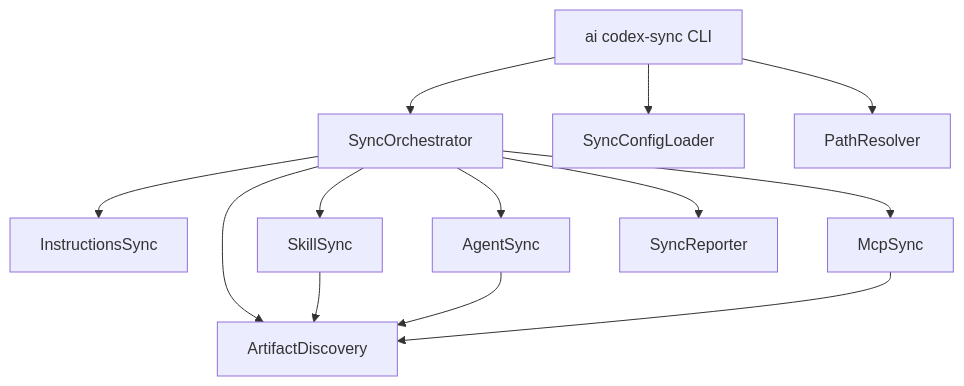
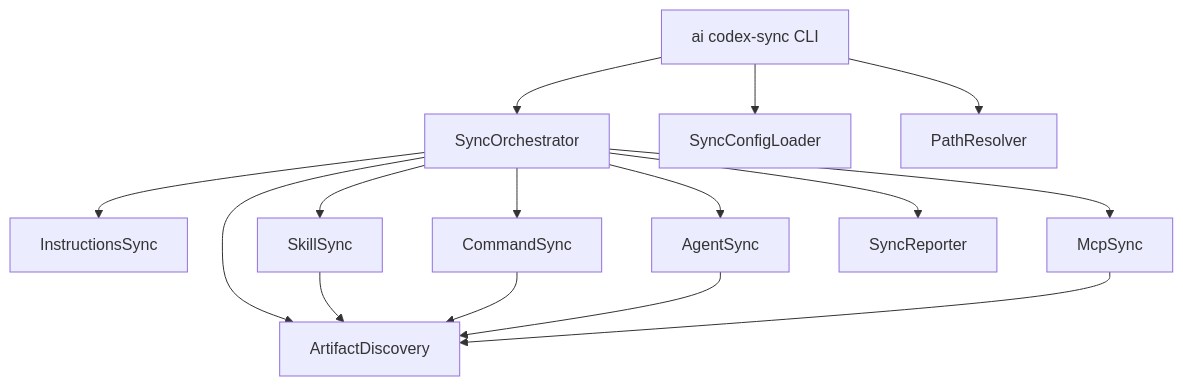
Before and after one commit to amhuppert/my-ai-resources: the first of 2 diagrams in .kiro/specs/codex-sync/design.md, drawn with Mermaid. The commit also changed other lines of this file and 14 other files, not shown here.

````diff
--- a/.kiro/specs/codex-sync/design.md
+++ b/.kiro/specs/codex-sync/design.md
@@ -29,26 +30,29 @@
 ```mermaid
 graph TB
     CLI[ai codex-sync CLI]
     Orch[SyncOrchestrator]
     Config[SyncConfigLoader]
     Paths[PathResolver]
     Disc[ArtifactDiscovery]
     InstrSync[InstructionsSync]
     SkillSync[SkillSync]
+    CmdSync[CommandSync]
     AgentSync[AgentSync]
     McpSync[McpSync]
     Reporter[SyncReporter]
 
     CLI --> Orch
     CLI --> Config
     CLI --> Paths
     Orch --> Disc
     Orch --> InstrSync
     Orch --> SkillSync
+    Orch --> CmdSync
     Orch --> AgentSync
     Orch --> McpSync
     Orch --> Reporter
     SkillSync --> Disc
+    CmdSync --> Disc
     AgentSync --> Disc
     McpSync --> Disc
 ```
````
